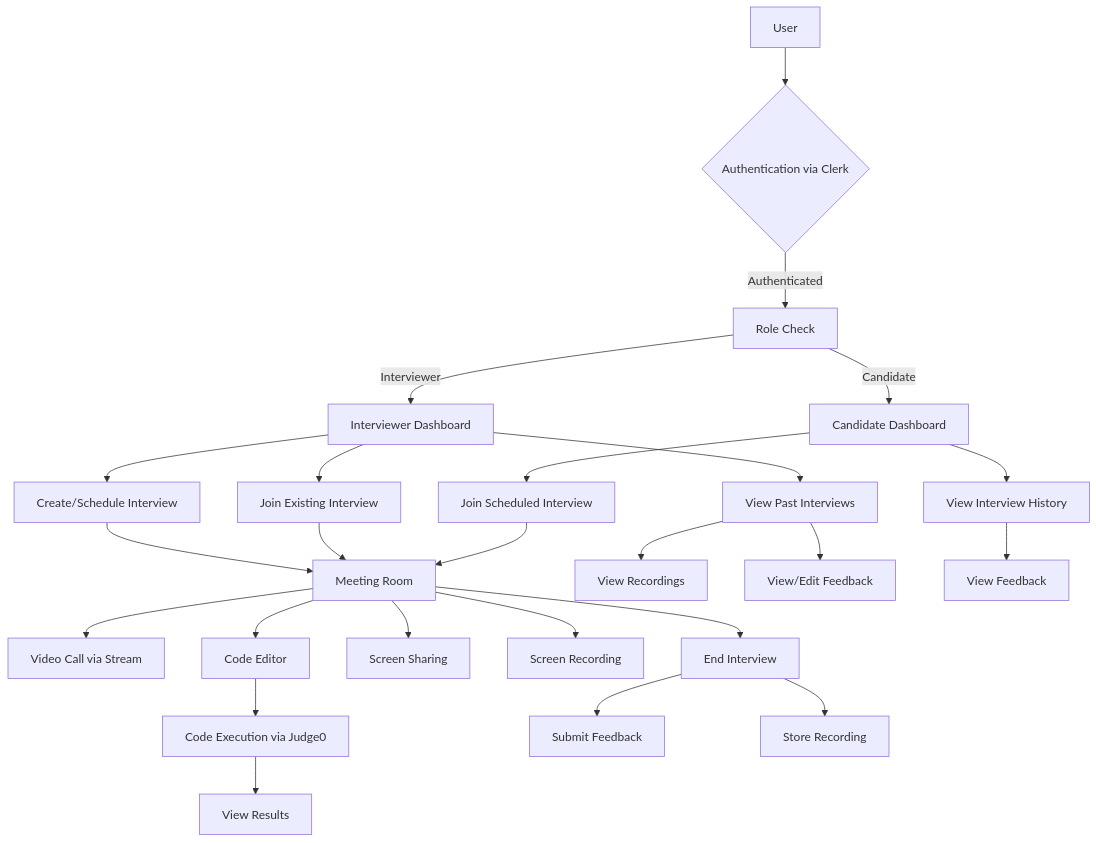
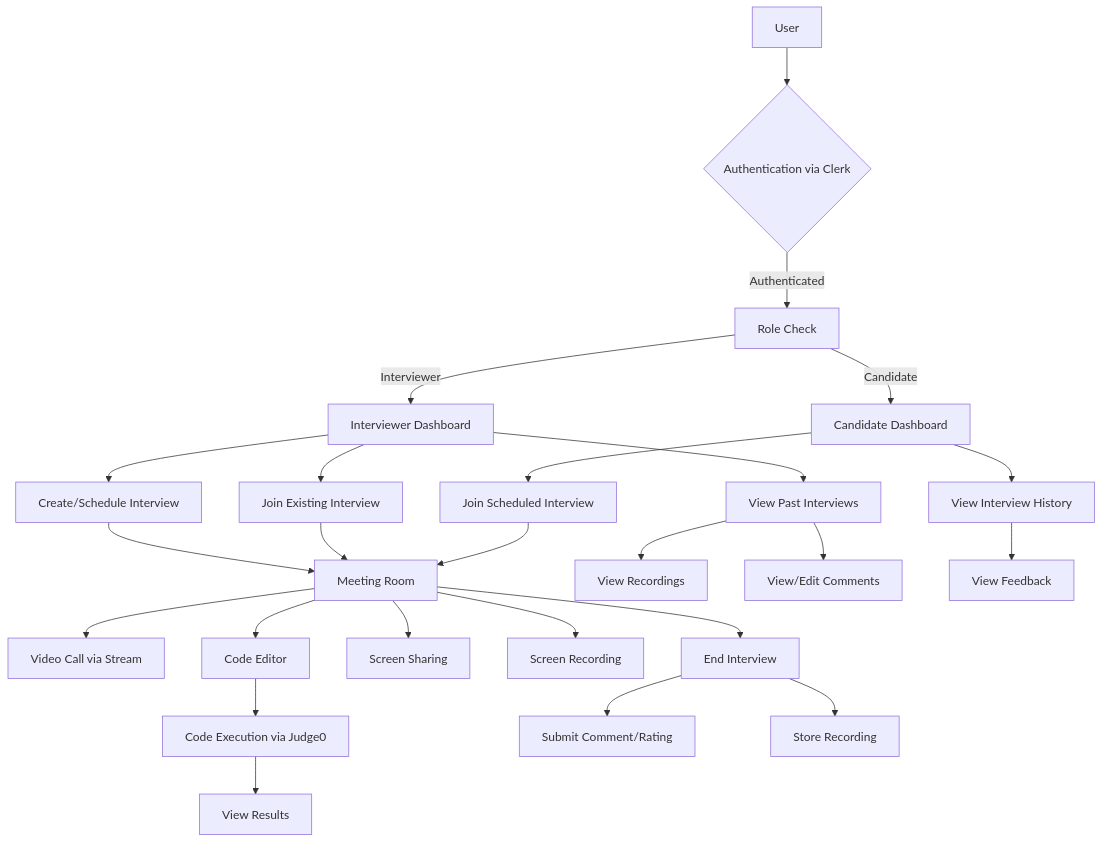
One commit to MayankB1708/code-room changed the second of 5 diagrams in README.md. Above: the diagram before and after it, drawn with Mermaid. The commit also changed other lines of this file, not shown here.

````diff
--- a/README.md
+++ b/README.md
@@ -100,35 +104,35 @@
 ```mermaid
 flowchart TD
     A[User] --> B{Authentication via Clerk}
     B -->|Authenticated| C[Role Check]
     C -->|Interviewer| D[Interviewer Dashboard]
     C -->|Candidate| E[Candidate Dashboard]
     
     D --> F[Create/Schedule Interview]
     D --> G[Join Existing Interview]
     D --> H[View Past Interviews]
     
     E --> I[Join Scheduled Interview]
     E --> J[View Interview History]
     
     F --> K[Meeting Room]
     G --> K
     I --> K
     
     K --> L[Video Call via Stream]
     K --> M[Code Editor]
     K --> N[Screen Sharing]
     K --> O[Screen Recording]
     
     M --> P[Code Execution via Judge0]
     P --> Q[View Results]
     
     K --> R[End Interview]
-    R --> S[Submit Feedback]
+    R --> S[Submit Comment/Rating]
     R --> T[Store Recording]
     
     H --> U[View Recordings]
-    H --> V[View/Edit Feedback]
+    H --> V[View/Edit Comments]
     
     J --> W[View Feedback]
 ```
````
